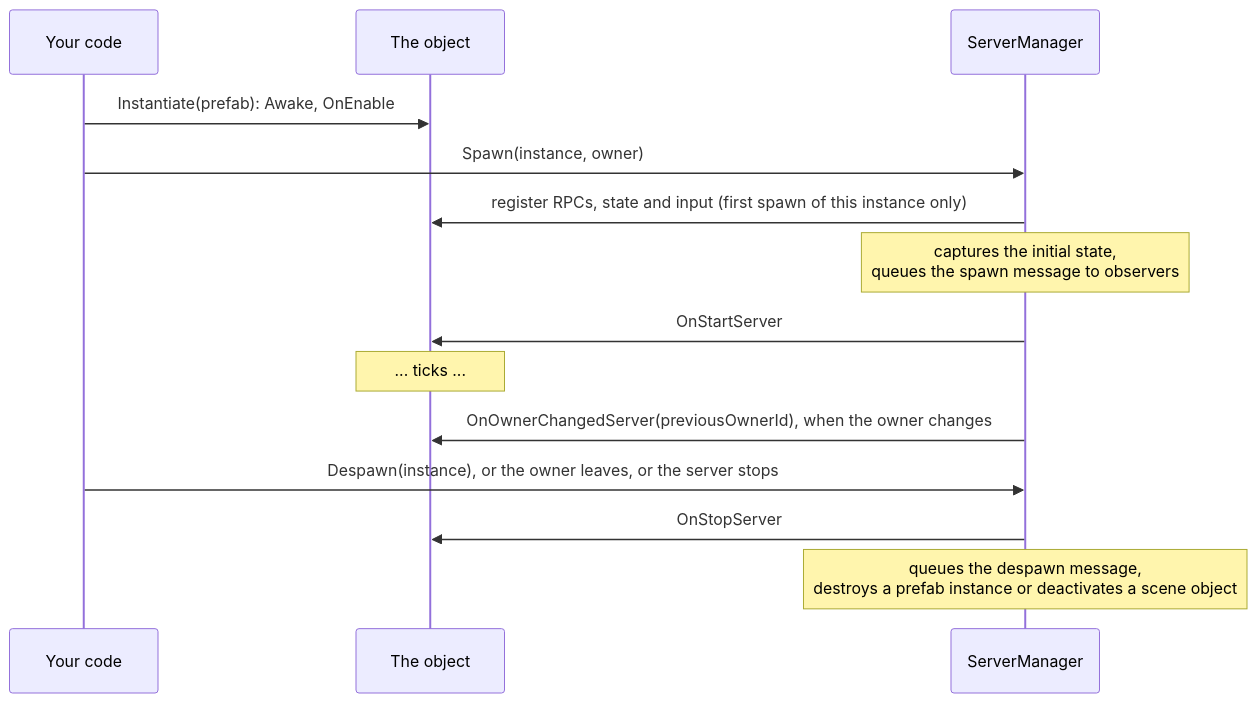
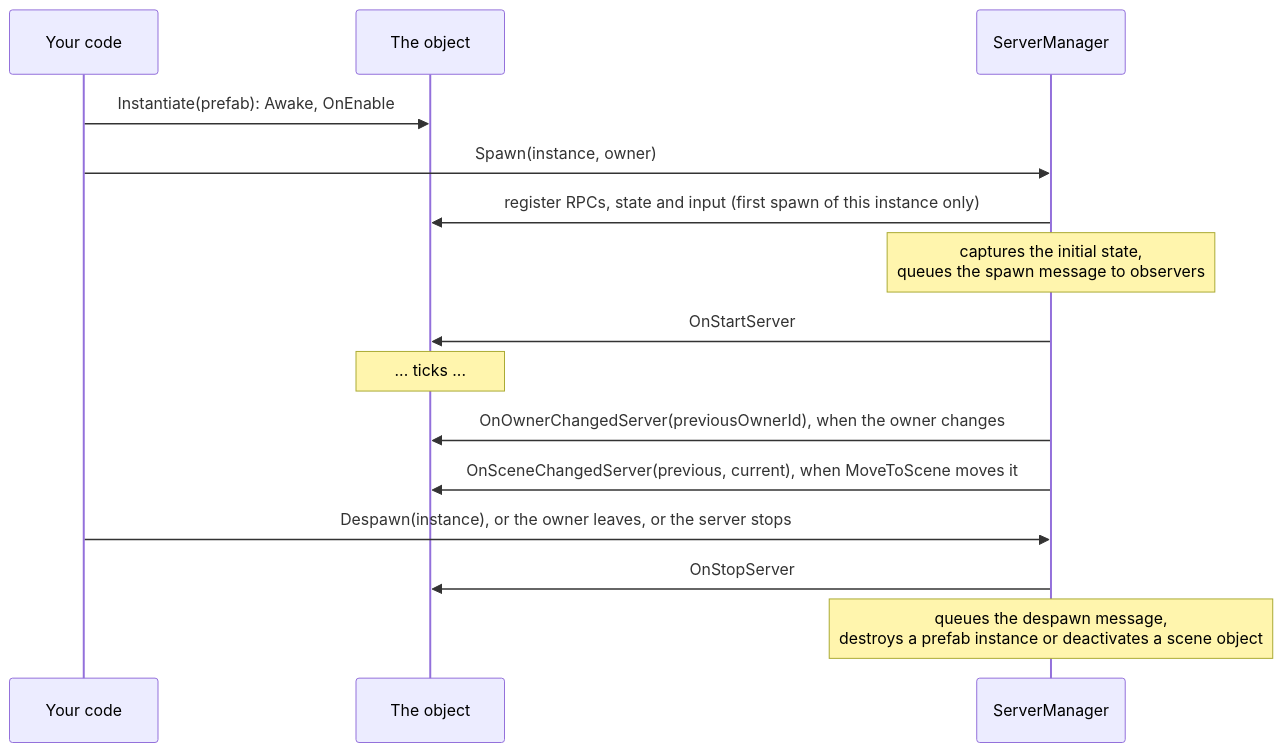
The third of 4 diagrams in concepts/lifecycle.md (fomoxa/unity-docs), drawn with Mermaid before and after one commit. The commit also changed other lines of this file and 27 other files, not shown here.

Commit message:
Move spawned objects between scene instances with MoveToScene

````diff
--- a/concepts/lifecycle.md
+++ b/concepts/lifecycle.md
@@ -60,16 +60,17 @@
 ```mermaid
 sequenceDiagram
     participant Code as Your code
     participant Obj as The object
     participant SM as ServerManager
     Code->>Obj: Instantiate(prefab): Awake, OnEnable
     Code->>SM: Spawn(instance, owner)
     SM->>Obj: register RPCs, state and input (first spawn of this instance only)
     Note over SM: captures the initial state,<br/>queues the spawn message to observers
     SM->>Obj: OnStartServer
     Note over Obj: ... ticks ...
     SM->>Obj: OnOwnerChangedServer(previousOwnerId), when the owner changes
+    SM->>Obj: OnSceneChangedServer(previous, current), when MoveToScene moves it
     Code->>SM: Despawn(instance), or the owner leaves, or the server stops
     SM->>Obj: OnStopServer
     Note over SM: queues the despawn message,<br/>destroys a prefab instance or deactivates a scene object
 ```
````
